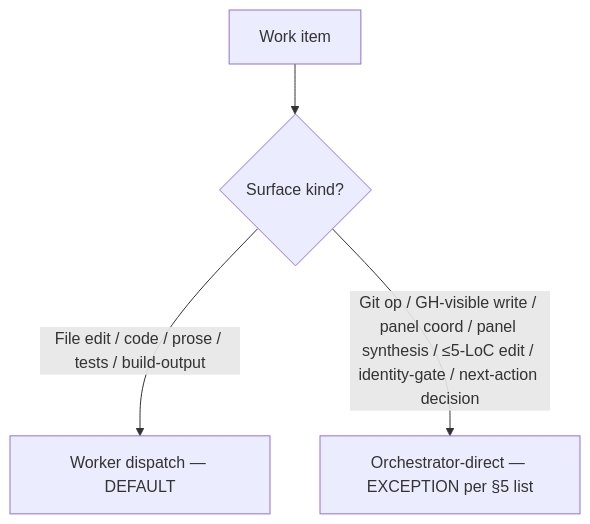
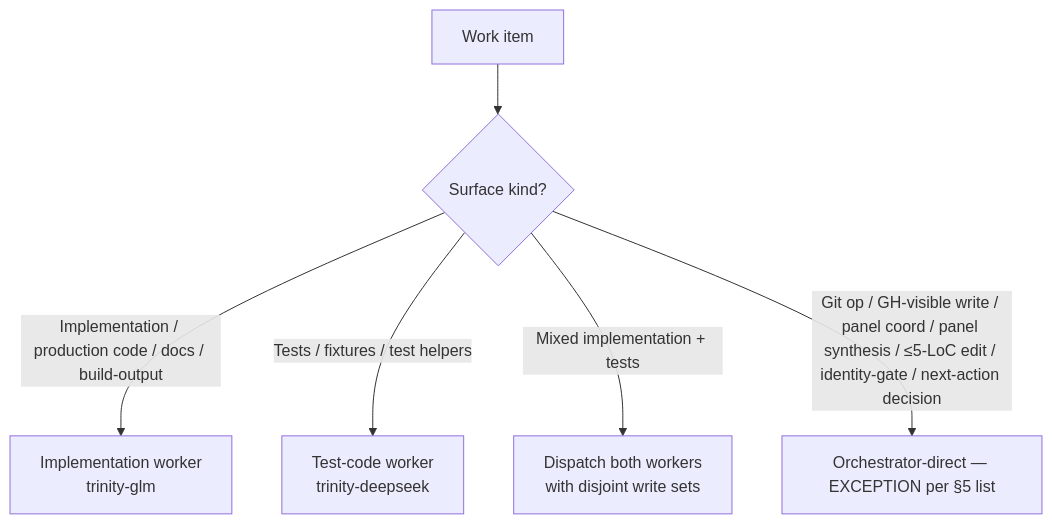
Before and after one commit to frankyxhl/trinity: the fourth of 7 diagrams in rules/TRN-1008-SOP-Multi-Agent-Review-Loop.md, drawn with Mermaid. The commit also changed other lines of this file and 4 other files, not shown here.

````diff
--- a/rules/TRN-1008-SOP-Multi-Agent-Review-Loop.md
+++ b/rules/TRN-1008-SOP-Multi-Agent-Review-Loop.md
@@ -517,6 +519,8 @@
 ```mermaid
 flowchart TD
     A[Work item] --> B{Surface kind?}
-    B -- "File edit / code / prose / tests / build-output" --> W[Worker dispatch — DEFAULT]
+    B -- "Implementation / production code / docs / build-output" --> W1[Implementation worker<br/>trinity-glm]
+    B -- "Tests / fixtures / test helpers" --> W2[Test-code worker<br/>trinity-deepseek]
+    B -- "Mixed implementation + tests" --> W3[Dispatch both workers<br/>with disjoint write sets]
     B -- "Git op / GH-visible write / panel coord / panel synthesis / ≤5-LoC edit / identity-gate / next-action decision" --> O[Orchestrator-direct — EXCEPTION per §5 list]
 ```
````
